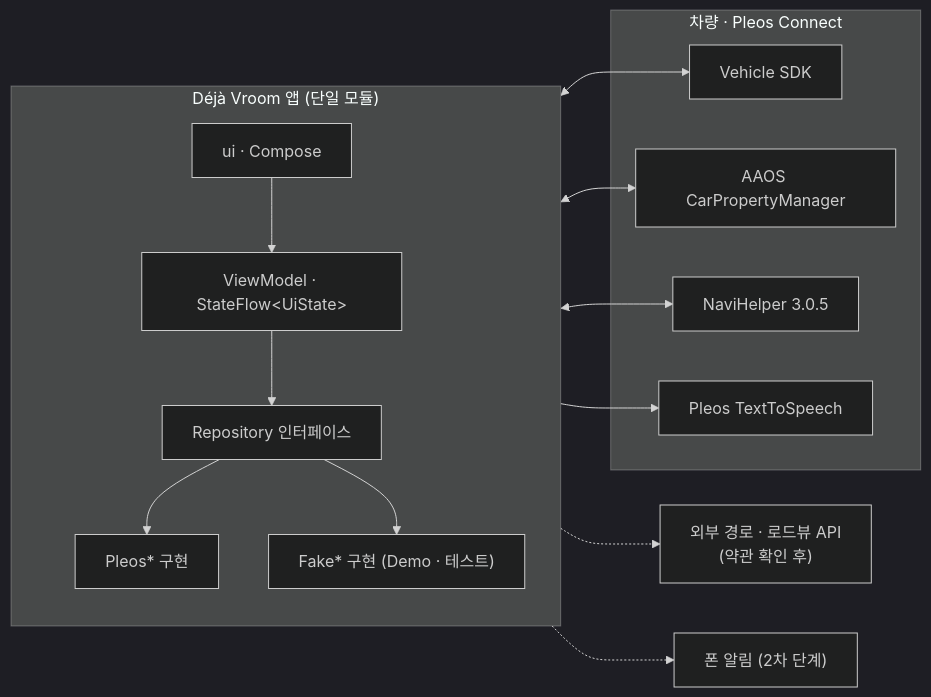
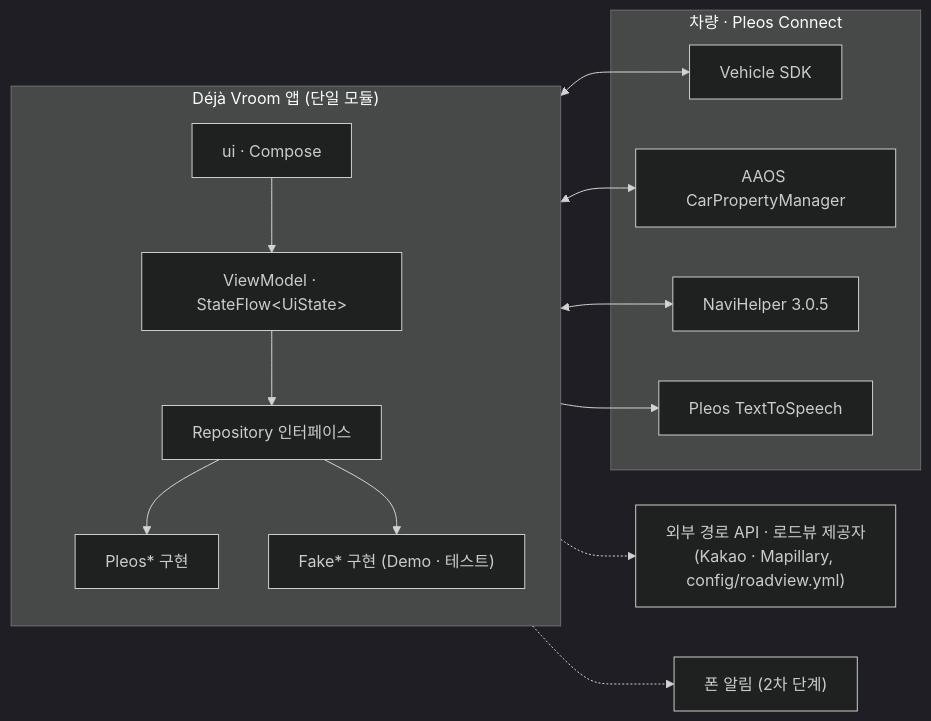
The first of 2 diagrams in docs/architecture.md (JoisFe/deja-vroom), drawn with Mermaid (dark theme) before and after one commit. The commit also changed other lines of this file and 21 other files, not shown here.

First line of the commit message:
로드뷰 제공자 구조 리팩토링: Kakao·Mapillary 구현체와 YAML 설정 선택

````diff
--- a/docs/architecture.md
+++ b/docs/architecture.md
@@ -5,23 +5,23 @@
 ```mermaid
 flowchart LR
     subgraph Car["차량 · Pleos Connect"]
         VS["Vehicle SDK"]
         AA["AAOS CarPropertyManager"]
         NH["NaviHelper 3.0.5"]
         TTS["Pleos TextToSpeech"]
     end
     subgraph App["Déjà Vroom 앱 (단일 모듈)"]
         direction TB
         UI["ui · Compose"] --> VM["ViewModel · StateFlow&lt;UiState&gt;"]
         VM --> RP["Repository 인터페이스"]
         RP --> PL["Pleos* 구현"]
         RP --> FK["Fake* 구현 (Demo · 테스트)"]
     end
-    EXT["외부 경로 · 로드뷰 API<br/>(약관 확인 후)"]
+    EXT["외부 경로 API · 로드뷰 제공자<br/>(Kakao · Mapillary, config/roadview.yml)"]
     PHONE["폰 알림 (2차 단계)"]
 
     PL <--> VS & AA & NH
     PL --> TTS
     PL -.-> EXT
     App -.-> PHONE
 ```
````
